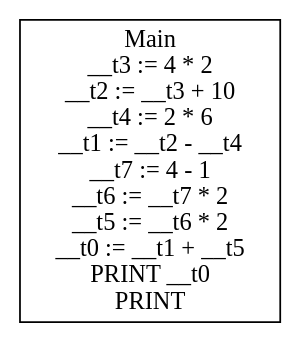
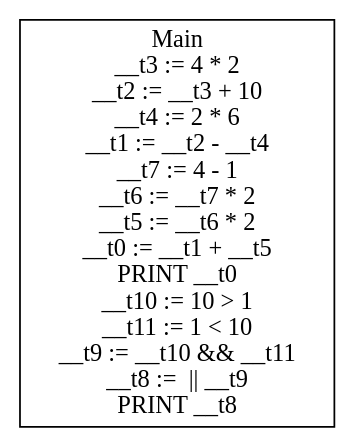
One commit to KarmaSora/Compiler changed the diagram in gettingStarted/cfg.dot. Above: the diagram before and after it, drawn with Graphviz. The commit also changed 5 other files, not shown here.

```diff
--- a/gettingStarted/cfg.dot
+++ b/gettingStarted/cfg.dot
@@ -1,5 +1,5 @@
 digraph CFG {
 graph [splines=ortho];
 node [shape=box];
-Main [label="Main\n__t3 := 4 * 2\n__t2 := __t3 + 10\n__t4 := 2 * 6\n__t1 := __t2 - __t4\n__t7 := 4 - 1\n__t6 := __t7 * 2\n__t5 := __t6 * 2\n__t0 := __t1 + __t5\nPRINT __t0\nPRINT \n"];
+Main [label="Main\n__t3 := 4 * 2\n__t2 := __t3 + 10\n__t4 := 2 * 6\n__t1 := __t2 - __t4\n__t7 := 4 - 1\n__t6 := __t7 * 2\n__t5 := __t6 * 2\n__t0 := __t1 + __t5\nPRINT __t0\n__t10 := 10 > 1\n__t11 := 1 < 10\n__t9 := __t10 && __t11\n__t8 :=  || __t9\nPRINT __t8\n"];
 }
```
